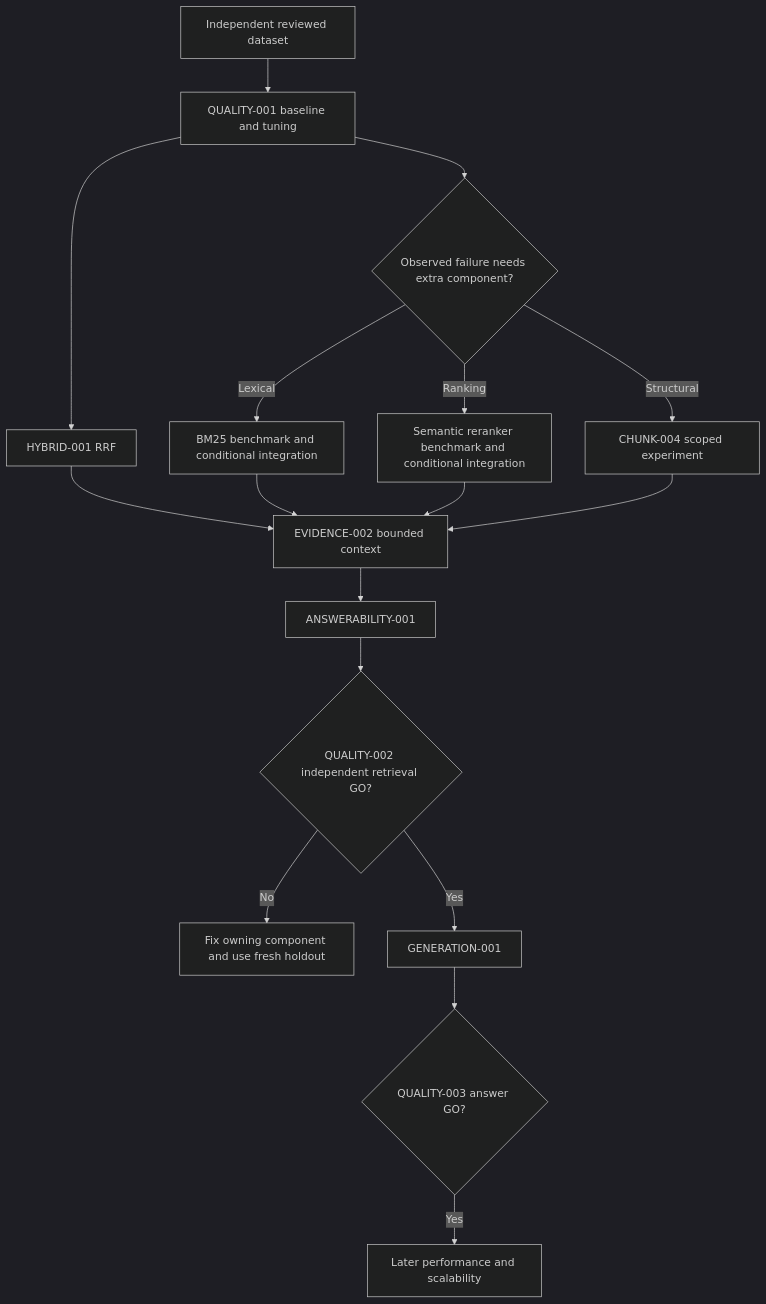
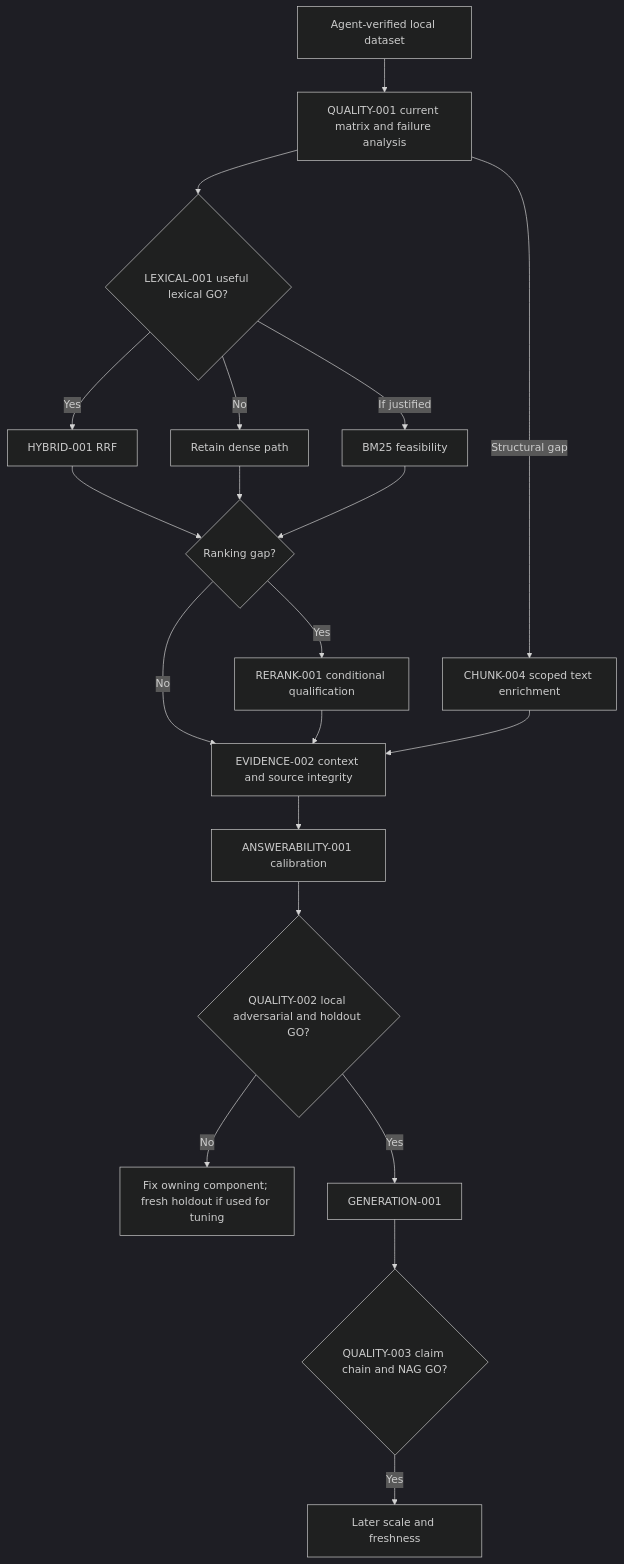
One commit to VibeInAMajor/rag-experiment changed the diagram in tasks/quality/IMPLEMENTATION_ORDER.md. Above: the diagram before and after it, drawn with Mermaid (dark theme). The commit also changed other lines of this file, not shown here.

Commit message:
docs: align quality roadmap with lexical qualification and seven robustness metrics

````diff
--- a/tasks/quality/IMPLEMENTATION_ORDER.md
+++ b/tasks/quality/IMPLEMENTATION_ORDER.md
@@ -34,19 +41,22 @@
 ```mermaid
 flowchart TD
-    data[Independent reviewed dataset] --> baseline[QUALITY-001 baseline and tuning]
-    baseline --> hybrid[HYBRID-001 RRF]
-    baseline --> optional{Observed failure needs extra component?}
-    optional -->|Lexical| bm[BM25 benchmark and conditional integration]
-    optional -->|Ranking| rr[Semantic reranker benchmark and conditional integration]
-    optional -->|Structural| chunk[CHUNK-004 scoped experiment]
-    hybrid --> context[EVIDENCE-002 bounded context]
-    bm --> context
+    data[Agent-verified local dataset] --> baseline[QUALITY-001 current matrix and failure analysis]
+    baseline --> lexical{LEXICAL-001 useful lexical GO?}
+    lexical -->|Yes| hybrid[HYBRID-001 RRF]
+    lexical -->|No| dense[Retain dense path]
+    lexical -->|If justified| bm[BM25 feasibility]
+    hybrid --> ranking{Ranking gap?}
+    dense --> ranking
+    bm --> ranking
+    ranking -->|Yes| rr[RERANK-001 conditional qualification]
+    baseline -->|Structural gap| chunk[CHUNK-004 scoped text enrichment]
+    ranking -->|No| context[EVIDENCE-002 context and source integrity]
     rr --> context
     chunk --> context
-    context --> abstain[ANSWERABILITY-001]
-    abstain --> gate{QUALITY-002 independent retrieval GO?}
-    gate -->|No| fail[Fix owning component and use fresh holdout]
+    context --> abstain[ANSWERABILITY-001 calibration]
+    abstain --> gate{QUALITY-002 local adversarial and holdout GO?}
+    gate -->|No| fix[Fix owning component; fresh holdout if used for tuning]
     gate -->|Yes| generation[GENERATION-001]
-    generation --> answers{QUALITY-003 answer GO?}
-    answers -->|Yes| scale[Later performance and scalability]
+    generation --> answers{QUALITY-003 claim chain and NAG GO?}
+    answers -->|Yes| scale[Later scale and freshness]
 ```
````
